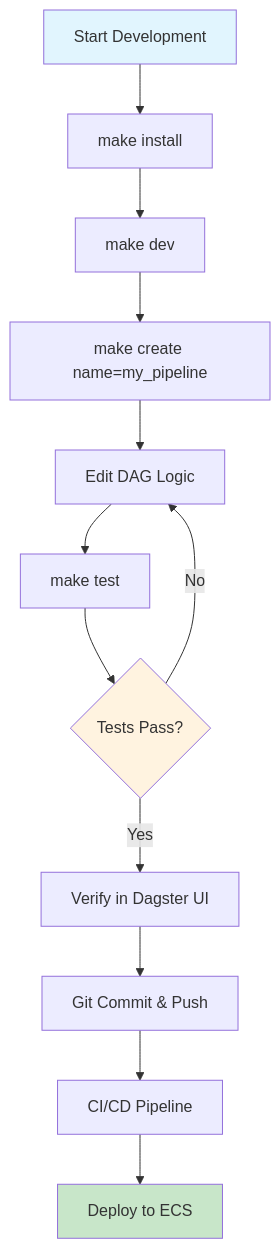
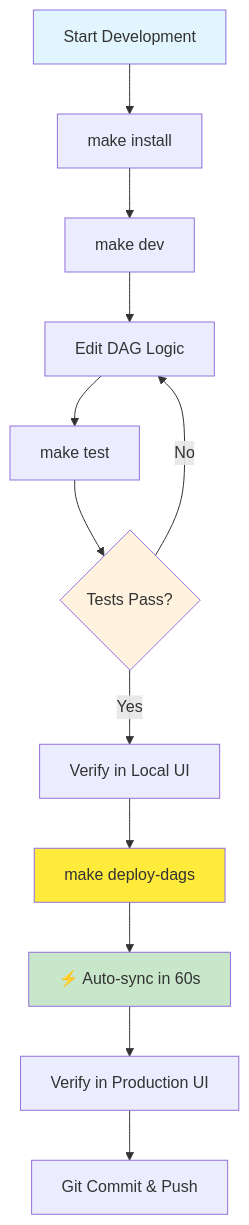
The diagram in README.md (namtonthat/dagster-ecs), drawn with Mermaid before and after one commit. The commit also changed other lines of this file and 12 other files, not shown here.

````diff
--- a/README.md
+++ b/README.md
@@ -38,18 +49,19 @@
 ```mermaid
 flowchart TD
     A[Start Development] --> B[make install]
     B --> C[make dev]
-    C --> D[make create name=my_pipeline]
-    D --> E[Edit DAG Logic]
-    E --> F[make test]
-    F --> G{Tests Pass?}
-    G -->|No| E
-    G -->|Yes| H[Verify in Dagster UI]
-    H --> I[Git Commit & Push]
-    I --> J[CI/CD Pipeline]
-    J --> K[Deploy to ECS]
+    C --> D[Edit DAG Logic]
+    D --> E[make test]
+    E --> F{Tests Pass?}
+    F -->|No| D
+    F -->|Yes| G[Verify in Local UI]
+    G --> H[make deploy-dags]
+    H --> I[⚡ Auto-sync in 60s]
+    I --> J[Verify in Production UI]
+    J --> K[Git Commit & Push]
     
     style A fill:#e1f5fe
-    style K fill:#c8e6c9
-    style G fill:#fff3e0
+    style I fill:#c8e6c9
+    style H fill:#ffeb3b
+    style F fill:#fff3e0
 ```
````
